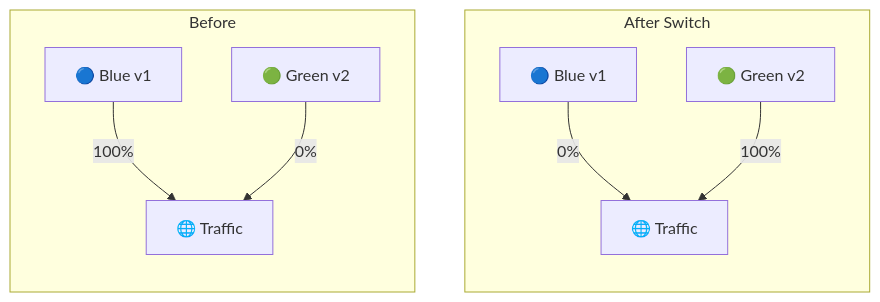
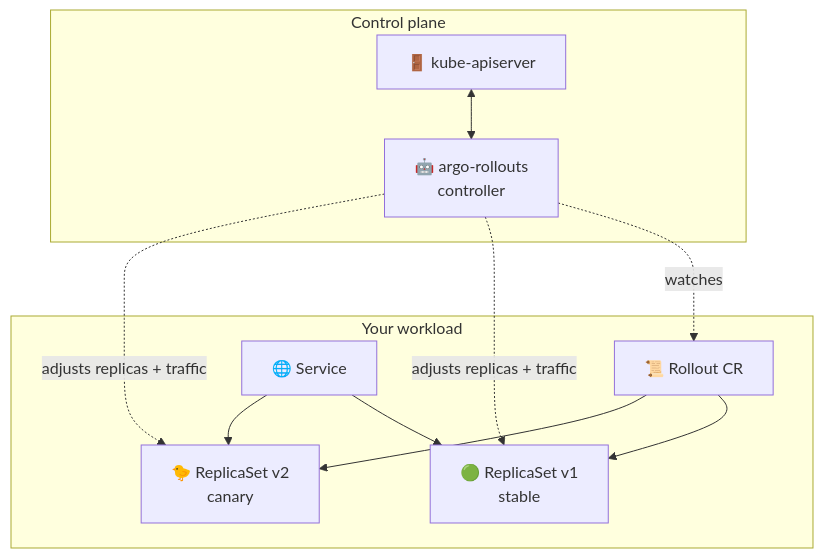
One commit to inno-devops-labs/DevOps-Core-Course changed the third of 6 diagrams in lectures/lec14.md. Above: the diagram before and after it, drawn with Mermaid. The commit also changed other lines of this file and 24 other files, not shown here.

````diff
--- a/lectures/lec14.md
+++ b/lectures/lec14.md
@@ -252,13 +93,17 @@
 ```mermaid
-flowchart TD
-  subgraph "After Switch"
-    direction TD
-    D[🔵 Blue v1] --> |0%| F[🌐 Traffic]
-    E[🟢 Green v2] --> |100%| F
+flowchart TB
+  subgraph "Control plane"
+    API[🚪 kube-apiserver]
+    ROC[🤖 argo-rollouts<br/>controller]
+    API <--> ROC
   end
-  subgraph Before
-    direction TD
-    A[🔵 Blue v1] --> |100%| C[🌐 Traffic]
-    B[🟢 Green v2] --> |0%| C
+  subgraph "Your workload"
+    R[📜 Rollout CR] --> RS1[🟢 ReplicaSet v1<br/>stable]
+    R --> RS2[🐤 ReplicaSet v2<br/>canary]
+    SVC[🌐 Service] --> RS1
+    SVC --> RS2
   end
+  ROC -.->|watches| R
+  ROC -.->|adjusts replicas + traffic| RS1
+  ROC -.->|adjusts replicas + traffic| RS2
 ```
````
